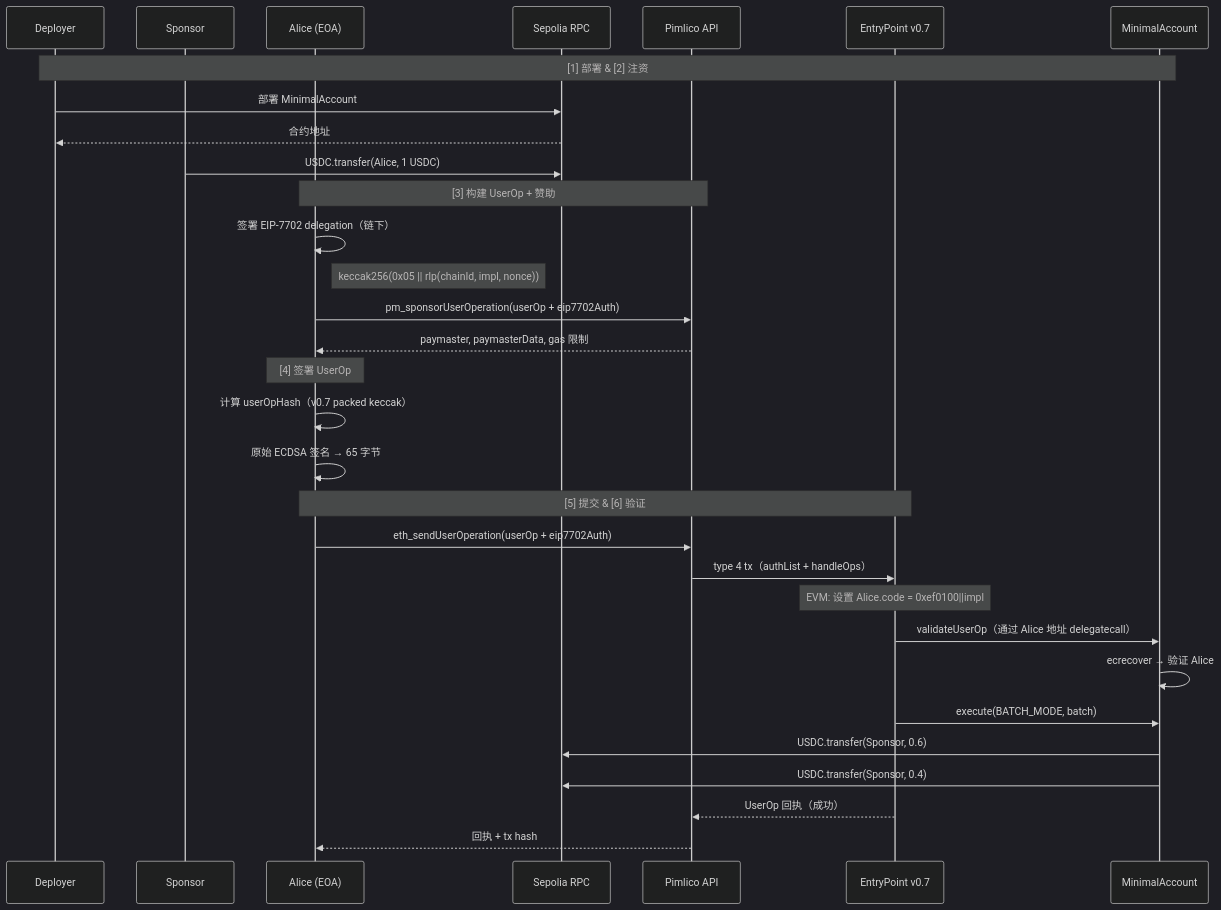
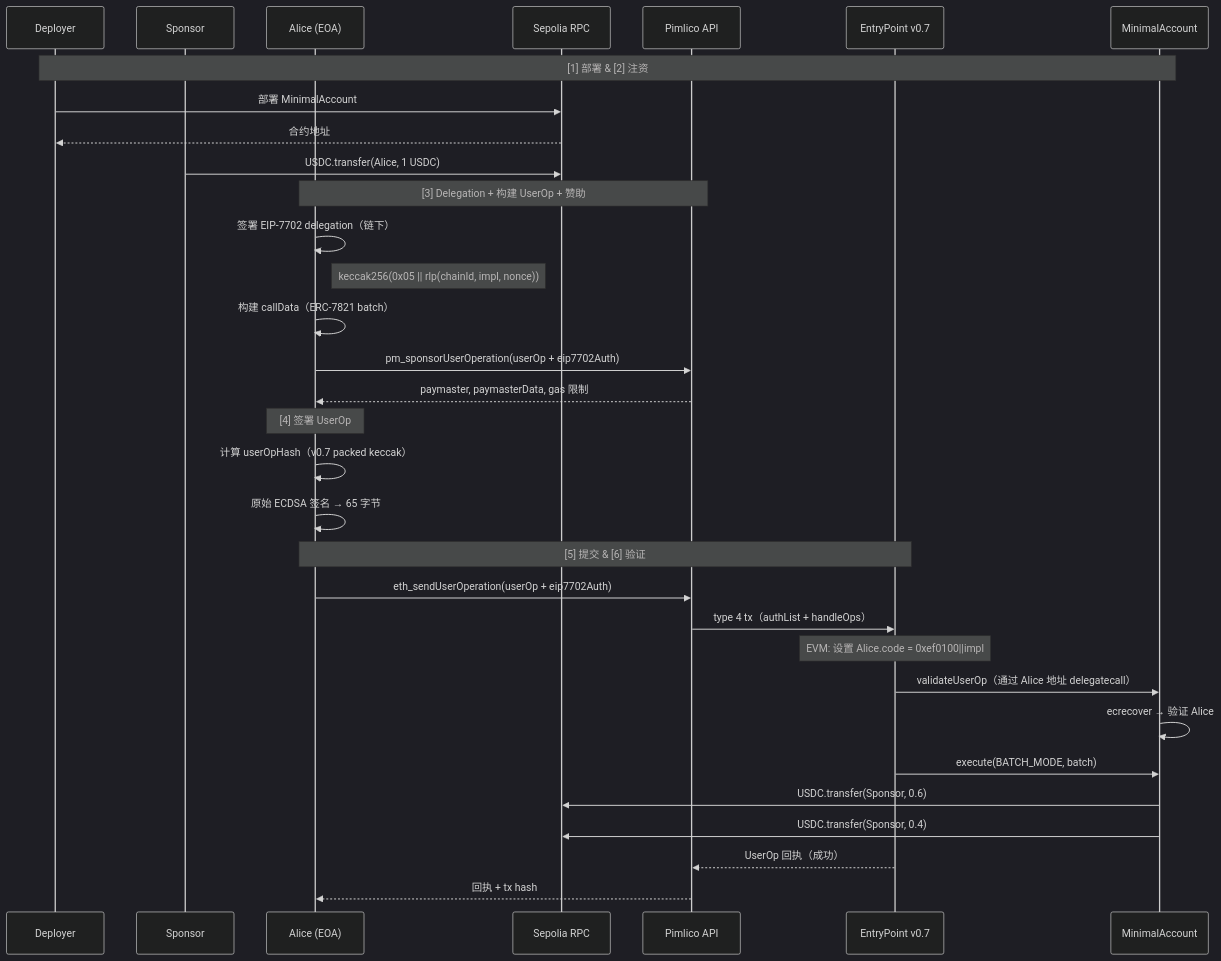
Before and after one commit to CoboTest/eip7702-minimal-account: the diagram in script/python/README_zh.md, drawn with Mermaid (dark theme). The commit also changed other lines of this file and 2 other files, not shown here.

First line of the commit message:
refactor: move delegation signing before callData in step 3

````diff
--- a/script/python/README_zh.md
+++ b/script/python/README_zh.md
@@ -134,37 +134,38 @@
 ```mermaid
 sequenceDiagram
     participant D as Deployer
     participant S as Sponsor
     participant A as Alice (EOA)
     participant RPC as Sepolia RPC
     participant P as Pimlico API
     participant EP as EntryPoint v0.7
     participant MA as MinimalAccount
 
     Note over D,MA: [1] 部署 & [2] 注资
     D->>RPC: 部署 MinimalAccount
     RPC-->>D: 合约地址
     S->>RPC: USDC.transfer(Alice, 1 USDC)
 
-    Note over A,P: [3] 构建 UserOp + 赞助
+    Note over A,P: [3] Delegation + 构建 UserOp + 赞助
     A->>A: 签署 EIP-7702 delegation（链下）
     Note right of A: keccak256(0x05 || rlp(chainId, impl, nonce))
+    A->>A: 构建 callData（ERC-7821 batch）
     A->>P: pm_sponsorUserOperation(userOp + eip7702Auth)
     P-->>A: paymaster, paymasterData, gas 限制
 
     Note over A: [4] 签署 UserOp
     A->>A: 计算 userOpHash（v0.7 packed keccak）
     A->>A: 原始 ECDSA 签名 → 65 字节
 
     Note over A,EP: [5] 提交 & [6] 验证
     A->>P: eth_sendUserOperation(userOp + eip7702Auth)
     P->>EP: type 4 tx（authList + handleOps）
     Note over EP: EVM: 设置 Alice.code = 0xef0100||impl
     EP->>MA: validateUserOp（通过 Alice 地址 delegatecall）
     MA->>MA: ecrecover → 验证 Alice
     EP->>MA: execute(BATCH_MODE, batch)
     MA->>RPC: USDC.transfer(Sponsor, 0.6)
     MA->>RPC: USDC.transfer(Sponsor, 0.4)
     EP-->>P: UserOp 回执（成功）
     P-->>A: 回执 + tx hash
 ```
````
